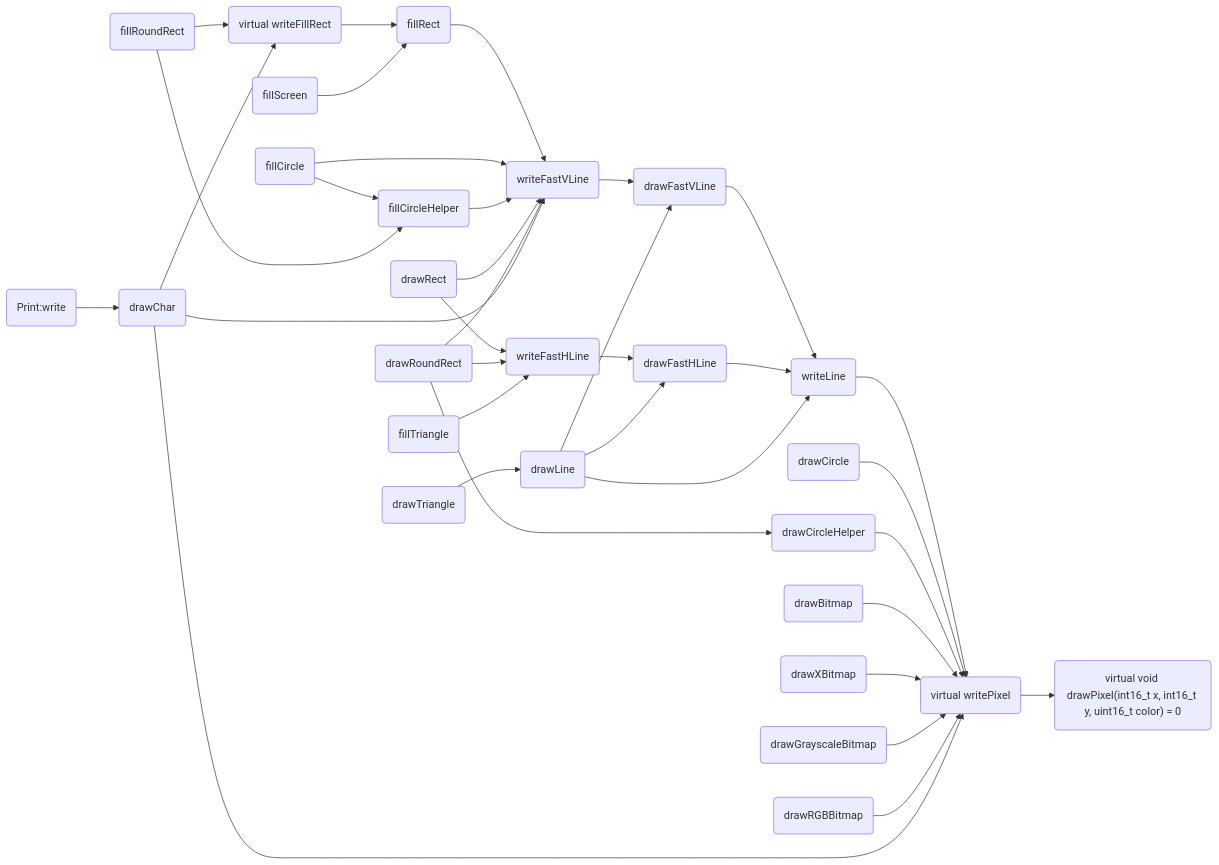
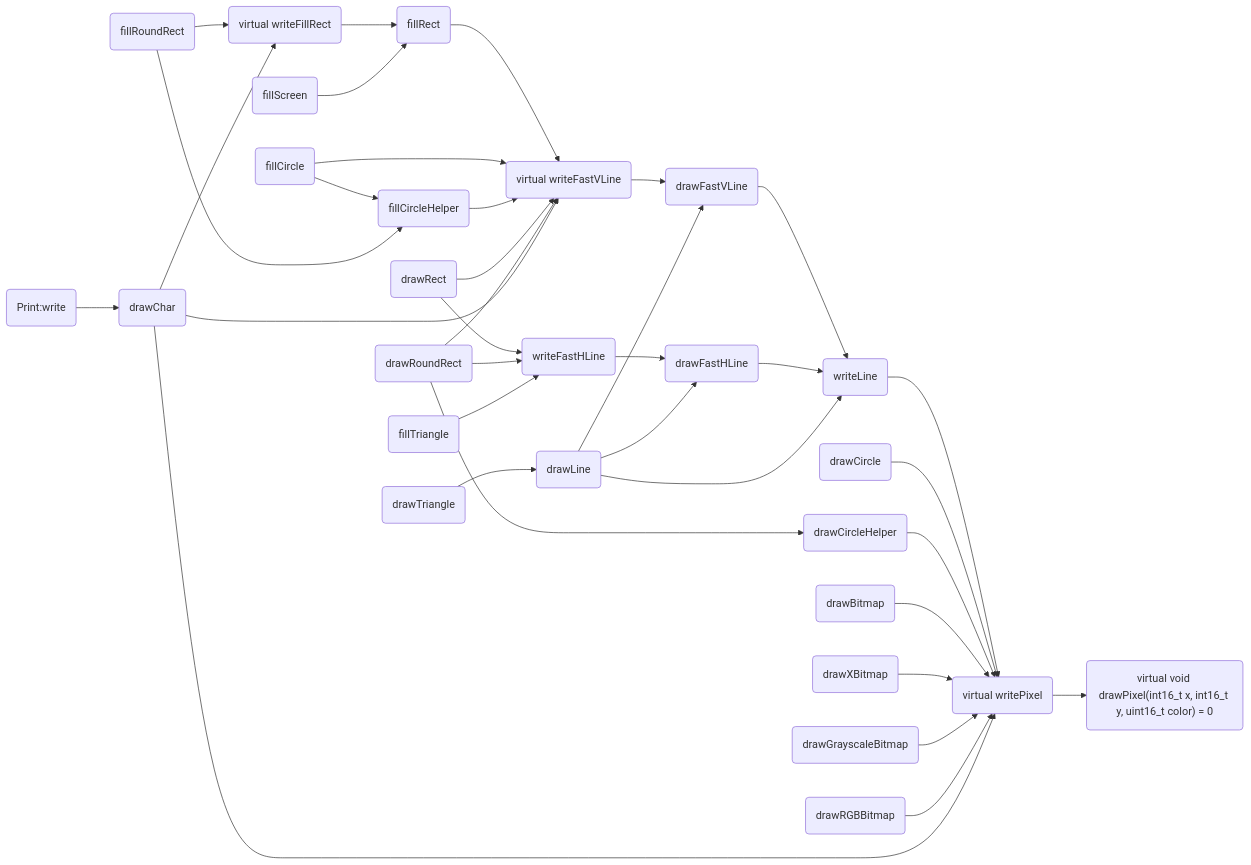
The diagram in all/未命名.md (icodezhanglei/iodraw-files), drawn with Mermaid before and after one commit.

Commit message:
2024-09-13 18:53:29 update

````diff
--- a/all/未命名.md
+++ b/all/未命名.md
@@ -1,59 +1,59 @@
 ```mermaid
 flowchart LR
 
 drawPixel("virtual void drawPixel(int16_t x, int16_t y, uint16_t color) = 0")
 writePixel(virtual writePixel)
 writeFillRect(virtual writeFillRect)
-writeFastVLine(writeFastVLine)
+writeFastVLine(virtual writeFastVLine)
 writeFastHLine(writeFastHLine)
 writeLine(writeLine)
 drawFastVLine(drawFastVLine)
 drawFastHLine(drawFastHLine)
 fillRect(fillRect)
 fillScreen(fillScreen)
 drawLine(drawLine)
 drawRect(drawRect)
 drawCircle(drawCircle)
 drawCircleHelper(drawCircleHelper)
 fillCircle(fillCircle)
 fillCircleHelper(fillCircleHelper)
 drawTriangle(drawTriangle)
 fillTriangle(fillTriangle)
 drawRoundRect(drawRoundRect)
 fillRoundRect(fillRoundRect)
 drawBitmap(drawBitmap)
 drawXBitmap(drawXBitmap)
 drawGrayscaleBitmap(drawGrayscaleBitmap)
 drawRGBBitmap(drawRGBBitmap)
 drawChar(drawChar)
 write(Print:write)
 
 
 writeLine --> writePixel --> drawPixel
 
 writeFastVLine --> drawFastVLine
 drawFastVLine --> writeLine
 
 writeFastHLine --> drawFastHLine
 drawFastHLine --> writeLine
 
 writeFillRect --> fillRect --> writeFastVLine
 
 fillScreen --> fillRect
 drawLine --> drawFastVLine & drawFastHLine &  writeLine
 drawCircle -->  writePixel
 drawCircleHelper --> writePixel
 fillCircle --> writeFastVLine & fillCircleHelper
 fillCircleHelper --> writeFastVLine
 drawRect --> writeFastHLine & writeFastVLine
 drawRoundRect --> writeFastHLine & writeFastVLine & drawCircleHelper
 fillRoundRect -->  writeFillRect & fillCircleHelper
 drawTriangle --> drawLine
 fillTriangle --> writeFastHLine
 drawBitmap -->  writePixel
 drawXBitmap -->  writePixel
 drawGrayscaleBitmap -->  writePixel
 drawRGBBitmap --> writePixel
 drawChar --> writePixel & writeFillRect & writeFastVLine
 write --> drawChar
 ```
````
